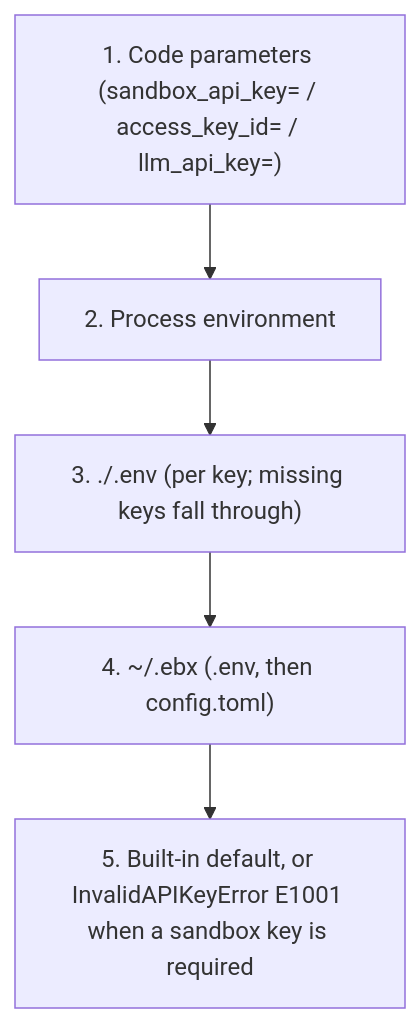
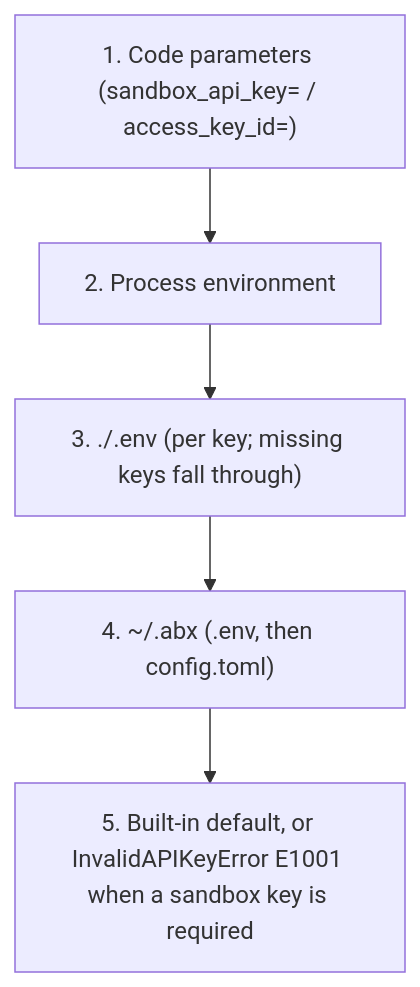
One commit to Alibaba-Agent-Sandbox/python-sdk changed the diagram in docs/en/guide/authentication.md. Above: the diagram before and after it, drawn with Mermaid. The commit also changed other lines of this file and 819 other files, not shown here.

````diff
--- a/docs/en/guide/authentication.md
+++ b/docs/en/guide/authentication.md
@@ -123,7 +123,7 @@
 ```mermaid
 flowchart TD
-    A["1. Code parameters (sandbox_api_key= / access_key_id= / llm_api_key=)"] --> B["2. Process environment"]
+    A["1. Code parameters (sandbox_api_key= / access_key_id=)"] --> B["2. Process environment"]
     B --> C["3. ./.env (per key; missing keys fall through)"]
-    C --> D["4. ~/.ebx (.env, then config.toml)"]
+    C --> D["4. ~/.abx (.env, then config.toml)"]
     D --> E["5. Built-in default, or InvalidAPIKeyError E1001 when a sandbox key is required"]
 ```
````
